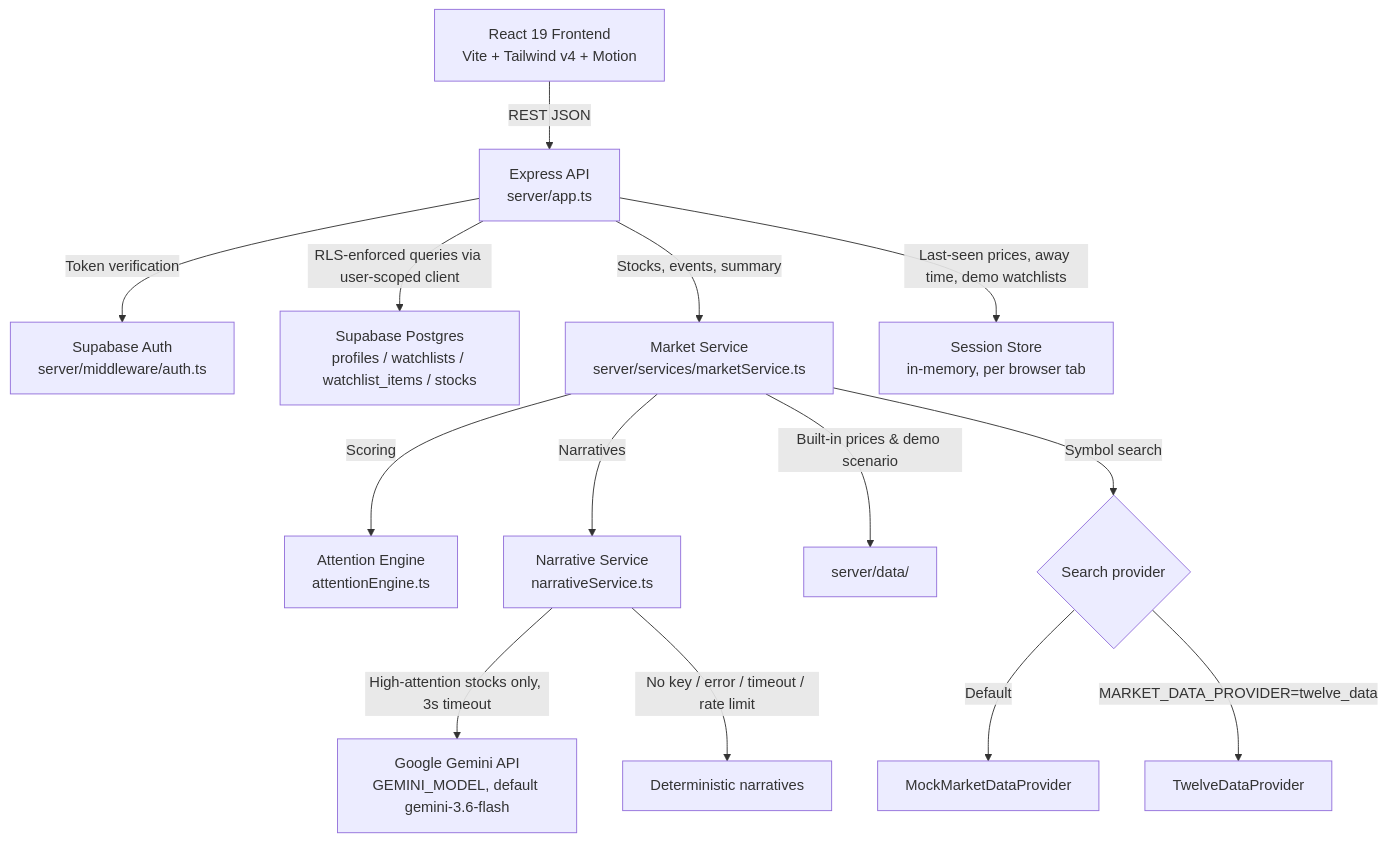
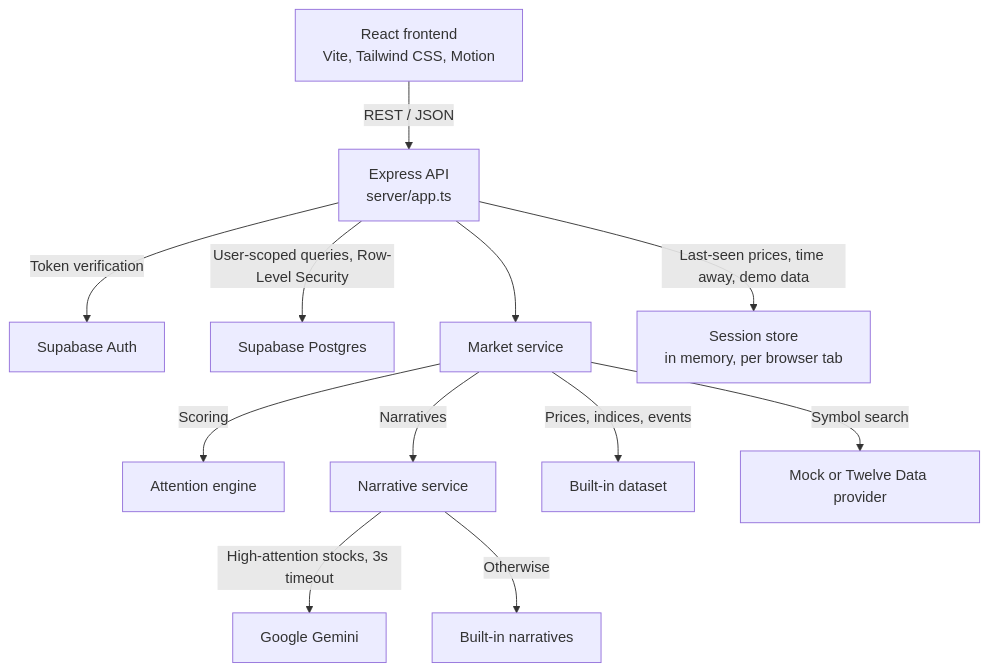
The first of 2 diagrams in README.md (Mona-Agrawall/nazar), drawn with Mermaid before and after one commit. The commit also changed other lines of this file and 2 other files, not shown here.

````diff
--- a/README.md
+++ b/README.md
@@ -171,16 +176,14 @@
 ```mermaid
 graph TD
-    A[React 19 Frontend<br/>Vite + Tailwind v4 + Motion] -->|REST JSON| B[Express API<br/>server/app.ts]
-    B -->|Token verification| C[Supabase Auth<br/>server/middleware/auth.ts]
-    B -->|RLS-enforced queries via user-scoped client| D[Supabase Postgres<br/>profiles / watchlists / watchlist_items / stocks]
-    B -->|Stocks, events, summary| E[Market Service<br/>server/services/marketService.ts]
-    E -->|Scoring| F[Attention Engine<br/>attentionEngine.ts]
-    E -->|Narratives| G[Narrative Service<br/>narrativeService.ts]
-    G -->|High-attention stocks only, 3s timeout| H[Google Gemini API<br/>GEMINI_MODEL, default gemini-3.6-flash]
-    G -->|No key / error / timeout / rate limit| I[Deterministic narratives]
-    E -->|Built-in prices & demo scenario| J[server/data/]
-    E -->|Symbol search| K{Search provider}
-    K -->|Default| L[MockMarketDataProvider]
-    K -->|MARKET_DATA_PROVIDER=twelve_data| M[TwelveDataProvider]
-    B -->|Last-seen prices, away time, demo watchlists| N[Session Store<br/>in-memory, per browser tab]
+    A[React frontend<br/>Vite, Tailwind CSS, Motion] -->|REST / JSON| B[Express API<br/>server/app.ts]
+    B -->|Token verification| C[Supabase Auth]
+    B -->|User-scoped queries, Row-Level Security| D[Supabase Postgres]
+    B --> E[Market service]
+    E -->|Scoring| F[Attention engine]
+    E -->|Narratives| G[Narrative service]
+    G -->|High-attention stocks, 3s timeout| H[Google Gemini]
+    G -->|Otherwise| I[Built-in narratives]
+    E -->|Prices, indices, events| J[Built-in dataset]
+    E -->|Symbol search| K[Mock or Twelve Data provider]
+    B -->|Last-seen prices, time away, demo data| N[Session store<br/>in memory, per browser tab]
 ```
````
